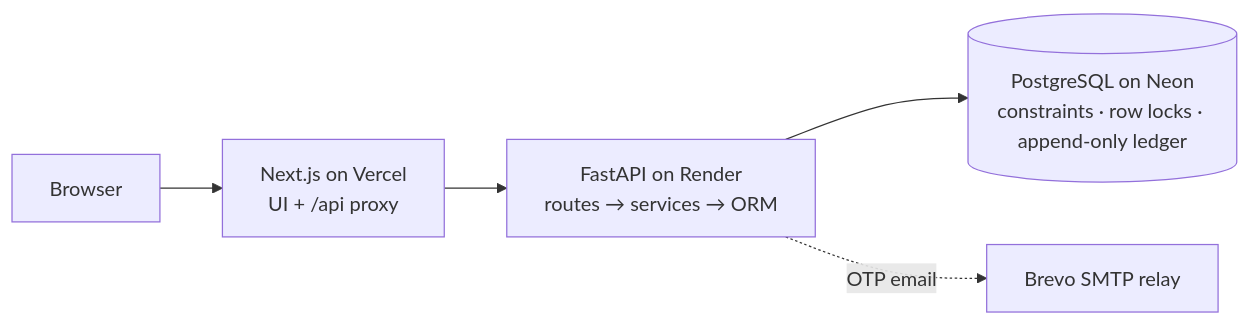
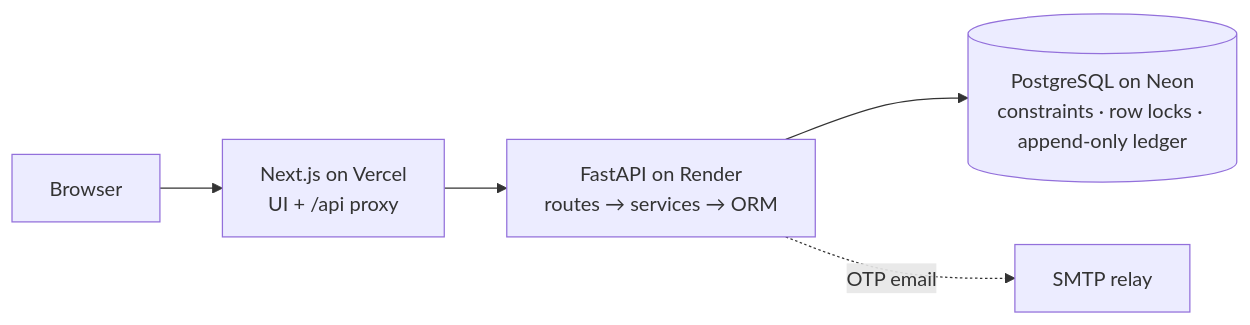
One commit to Harsha-code-per/StockSense changed the second of 2 diagrams in README.md. Above: the diagram before and after it, drawn with Mermaid. The commit also changed other lines of this file and 7 other files, not shown here.

````diff
--- a/README.md
+++ b/README.md
@@ -96,7 +139,7 @@
 ```mermaid
 flowchart LR
     U[Browser] --> N["Next.js on Vercel<br/>UI + /api proxy"]
     N --> F["FastAPI on Render<br/>routes → services → ORM"]
     F --> P[("PostgreSQL on Neon<br/>constraints · row locks · append-only ledger")]
-    F -. OTP email .-> M[Brevo SMTP relay]
+    F -. OTP email .-> M[SMTP relay]
 ```
````
